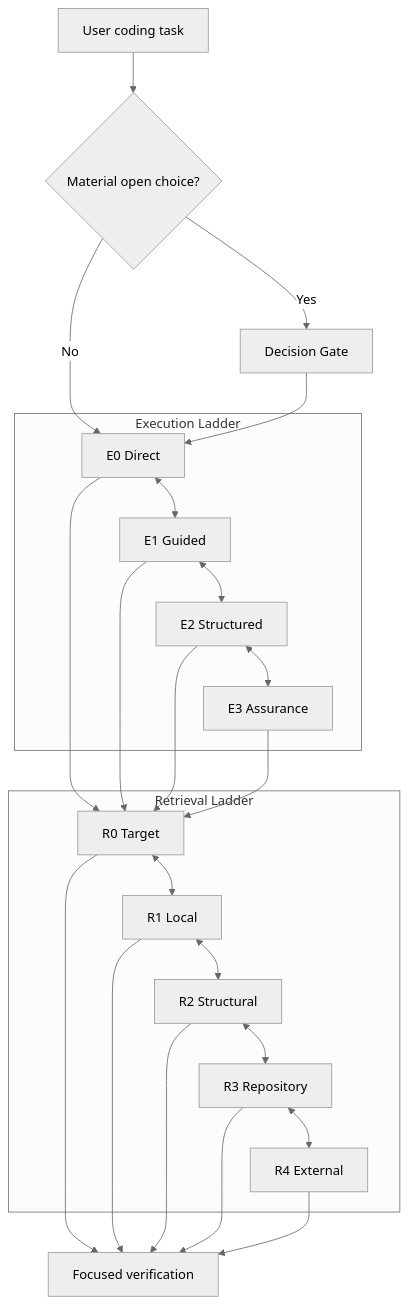
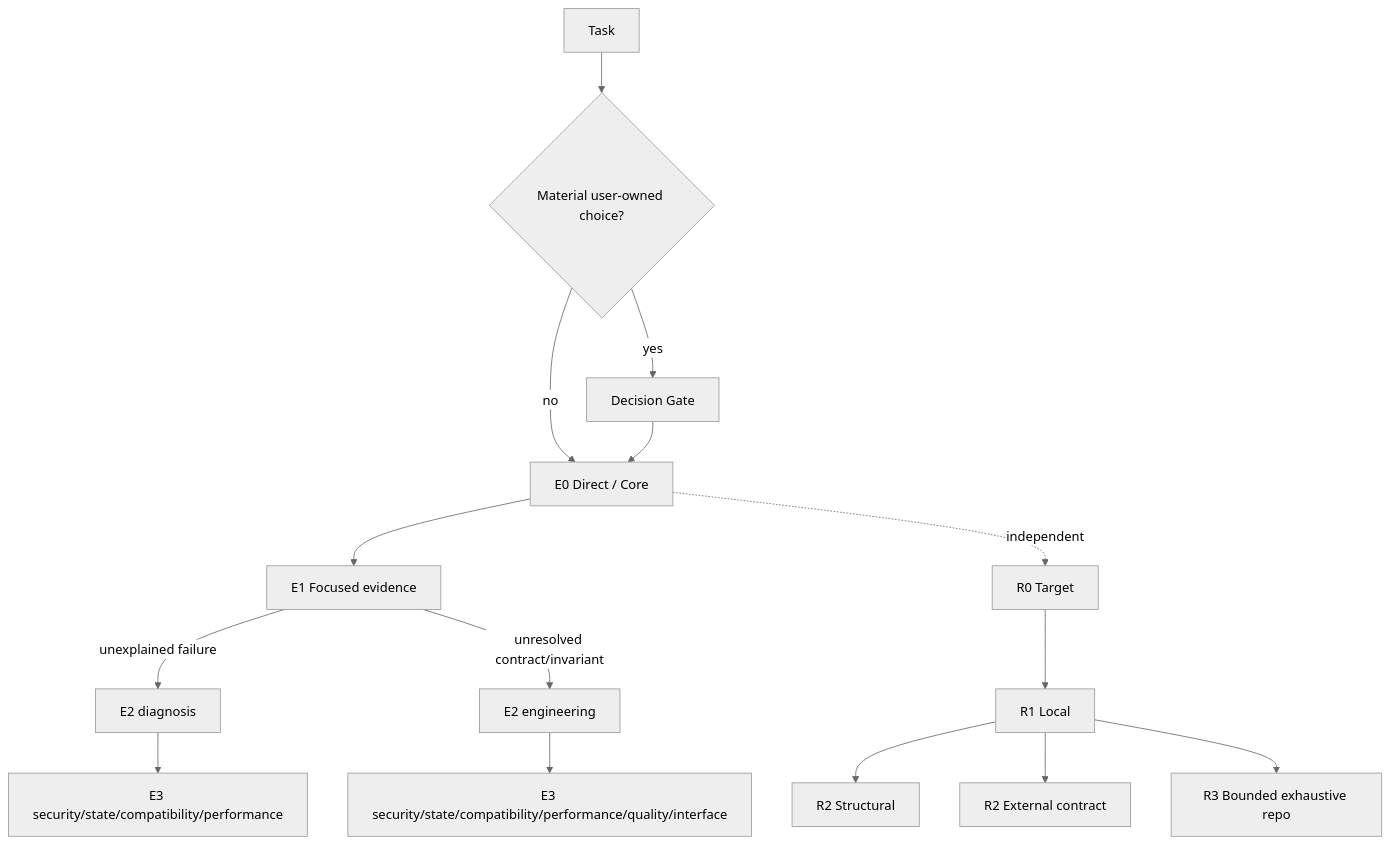
The diagram in README.md (Hubujiu/practical-coding), drawn with Mermaid (neutral theme) before and after one commit. The commit also changed other lines of this file and 19 other files, not shown here.

````diff
--- a/README.md
+++ b/README.md
@@ -17,30 +13,18 @@
 ```mermaid
 flowchart TB
-    T[User coding task] --> D{Material open choice?}
-    D -->|Yes| Q[Decision Gate]
-    D -->|No| E0
-    Q --> E0
+  T[Task] --> D{Material user-owned choice?}
+  D -->|yes| DG[Decision Gate]
+  D -->|no| E0[E0 Direct / Core]
+  DG --> E0
+  E0 --> E1[E1 Focused evidence]
+  E1 -->|unexplained failure| DX[E2 diagnosis]
+  E1 -->|unresolved contract/invariant| EN[E2 engineering]
+  DX --> S1[E3 security/state/compatibility/performance]
+  EN --> S2[E3 security/state/compatibility/performance/quality/interface]
 
-    subgraph E[Execution Ladder]
-      E0[E0 Direct] <--> E1[E1 Guided]
-      E1 <--> E2[E2 Structured]
-      E2 <--> E3[E3 Assurance]
-    end
-
-    subgraph R[Retrieval Ladder]
-      R0[R0 Target] <--> R1[R1 Local]
-      R1 <--> R2[R2 Structural]
-      R2 <--> R3[R3 Repository]
-      R3 <--> R4[R4 External]
-    end
-
-    E0 --> R0
-    E1 --> R0
-    E2 --> R0
-    E3 --> R0
-    R0 --> V[Focused verification]
-    R1 --> V
-    R2 --> V
-    R3 --> V
-    R4 --> V
+  E0 -. independent .-> R0[R0 Target]
+  R0 --> R1[R1 Local]
+  R1 --> RS[R2 Structural]
+  R1 --> RE[R2 External contract]
+  R1 --> R3[R3 Bounded exhaustive repo]
 ```
````
